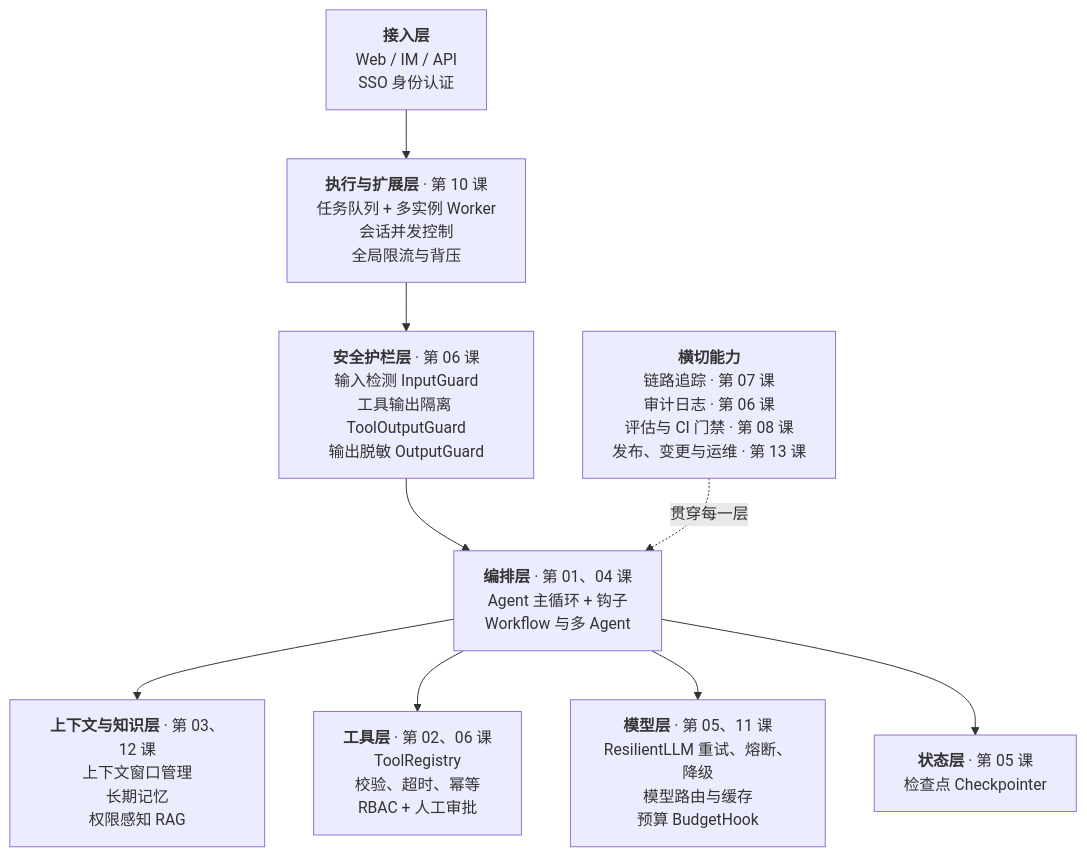
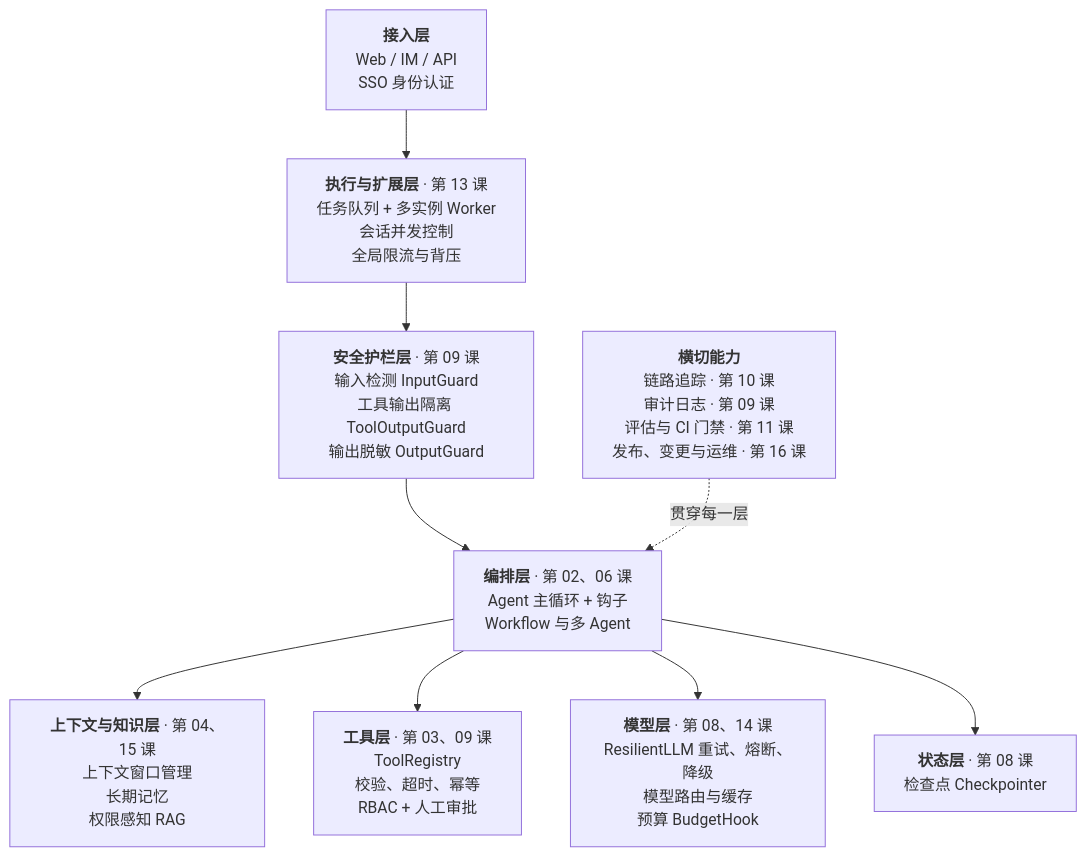
Before and after one commit to heaven999b/hello-agent-system: the fourth of 5 diagrams in lessons/00_overview/README.md, drawn with Mermaid. The commit also changed other lines of this file and 216 other files, not shown here.

````diff
--- a/lessons/00_overview/README.md
+++ b/lessons/00_overview/README.md
@@ -113,18 +113,18 @@
 ```mermaid
 flowchart TB
     ENTRY["<b>接入层</b><br/>Web / IM / API<br/>SSO 身份认证"]
-    EXEC["<b>执行与扩展层</b> · 第 10 课<br/>任务队列 + 多实例 Worker<br/>会话并发控制<br/>全局限流与背压"]
-    GUARD["<b>安全护栏层</b> · 第 06 课<br/>输入检测 InputGuard<br/>工具输出隔离 ToolOutputGuard<br/>输出脱敏 OutputGuard"]
-    ORCH["<b>编排层</b> · 第 01、04 课<br/>Agent 主循环 + 钩子<br/>Workflow 与多 Agent"]
-    CTX["<b>上下文与知识层</b> · 第 03、12 课<br/>上下文窗口管理<br/>长期记忆<br/>权限感知 RAG"]
-    TOOLS["<b>工具层</b> · 第 02、06 课<br/>ToolRegistry<br/>校验、超时、幂等<br/>RBAC + 人工审批"]
-    MODEL["<b>模型层</b> · 第 05、11 课<br/>ResilientLLM 重试、熔断、降级<br/>模型路由与缓存<br/>预算 BudgetHook"]
-    STATE["<b>状态层</b> · 第 05 课<br/>检查点 Checkpointer"]
-    XCUT["<b>横切能力</b><br/>链路追踪 · 第 07 课<br/>审计日志 · 第 06 课<br/>评估与 CI 门禁 · 第 08 课<br/>发布、变更与运维 · 第 13 课"]
+    EXEC["<b>执行与扩展层</b> · 第 13 课<br/>任务队列 + 多实例 Worker<br/>会话并发控制<br/>全局限流与背压"]
+    GUARD["<b>安全护栏层</b> · 第 09 课<br/>输入检测 InputGuard<br/>工具输出隔离 ToolOutputGuard<br/>输出脱敏 OutputGuard"]
+    ORCH["<b>编排层</b> · 第 02、06 课<br/>Agent 主循环 + 钩子<br/>Workflow 与多 Agent"]
+    CTX["<b>上下文与知识层</b> · 第 04、15 课<br/>上下文窗口管理<br/>长期记忆<br/>权限感知 RAG"]
+    TOOLS["<b>工具层</b> · 第 03、09 课<br/>ToolRegistry<br/>校验、超时、幂等<br/>RBAC + 人工审批"]
+    MODEL["<b>模型层</b> · 第 08、14 课<br/>ResilientLLM 重试、熔断、降级<br/>模型路由与缓存<br/>预算 BudgetHook"]
+    STATE["<b>状态层</b> · 第 08 课<br/>检查点 Checkpointer"]
+    XCUT["<b>横切能力</b><br/>链路追踪 · 第 10 课<br/>审计日志 · 第 09 课<br/>评估与 CI 门禁 · 第 11 课<br/>发布、变更与运维 · 第 16 课"]
     ENTRY --> EXEC --> GUARD --> ORCH
     ORCH --> CTX
     ORCH --> TOOLS
     ORCH --> MODEL
     ORCH --> STATE
     XCUT -.->|"贯穿每一层"| ORCH
 ```
````
